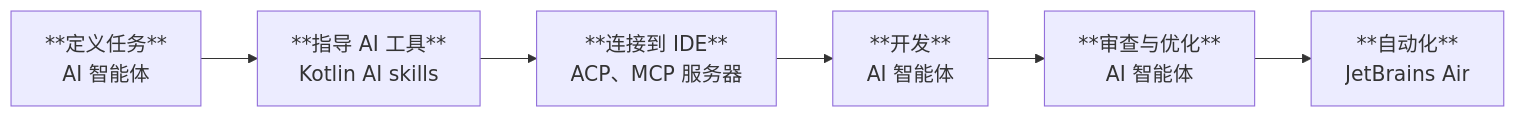
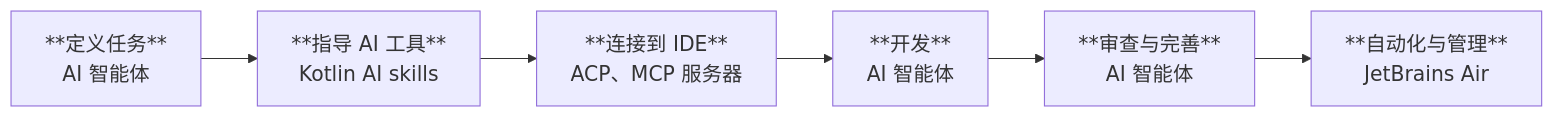
One commit to BinaryTape/Open-AIDoc changed the diagram in docs/kotlin/ai-for-development.md. Above: the diagram before and after it, drawn with Mermaid. The commit also changed other lines of this file and 1240 other files, not shown here.

````diff
--- a/docs/kotlin/ai-for-development.md
+++ b/docs/kotlin/ai-for-development.md
@@ -12,20 +13,20 @@
 ```mermaid
 graph LR
     DefineTask["**定义任务**
         AI 智能体"]
     Guide["**指导 AI 工具**
         Kotlin AI skills"]
     Connect["**连接到 IDE**
         ACP、MCP 服务器"]
     Implement["**开发**
         AI 智能体"]
-    Review["**审查与优化**
+    Review["**审查与完善**
         AI 智能体"]
-    Automate["**自动化**
+    Automate["**自动化与管理**
         JetBrains Air"]
 
     DefineTask --> Guide --> Connect --> Implement --> Review --> Automate
 
     classDef largeNode font-size:18px;
     class DefineTask,Guide,Connect,Implement,Review,Automate largeNode;
 ```
````
